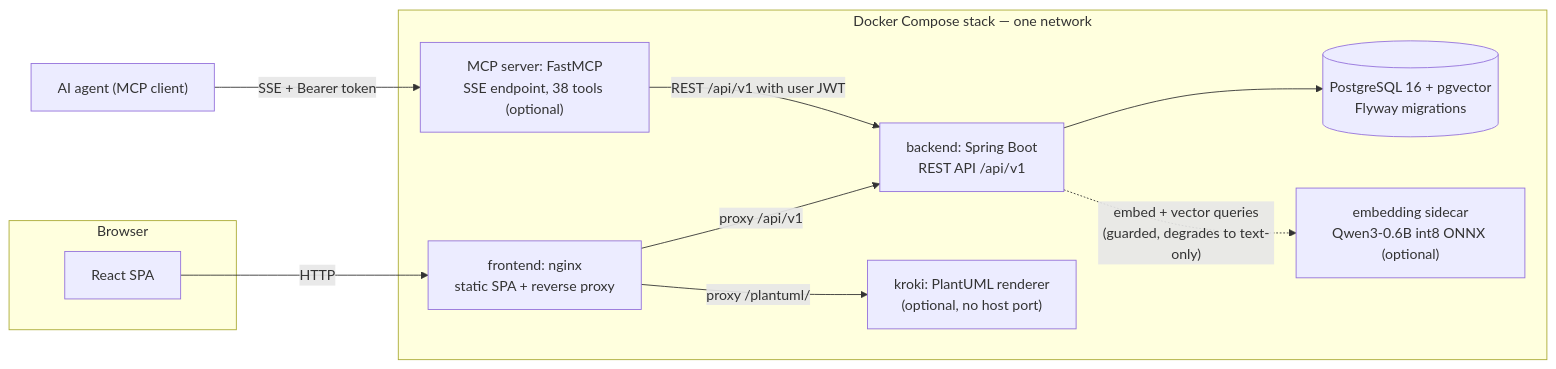
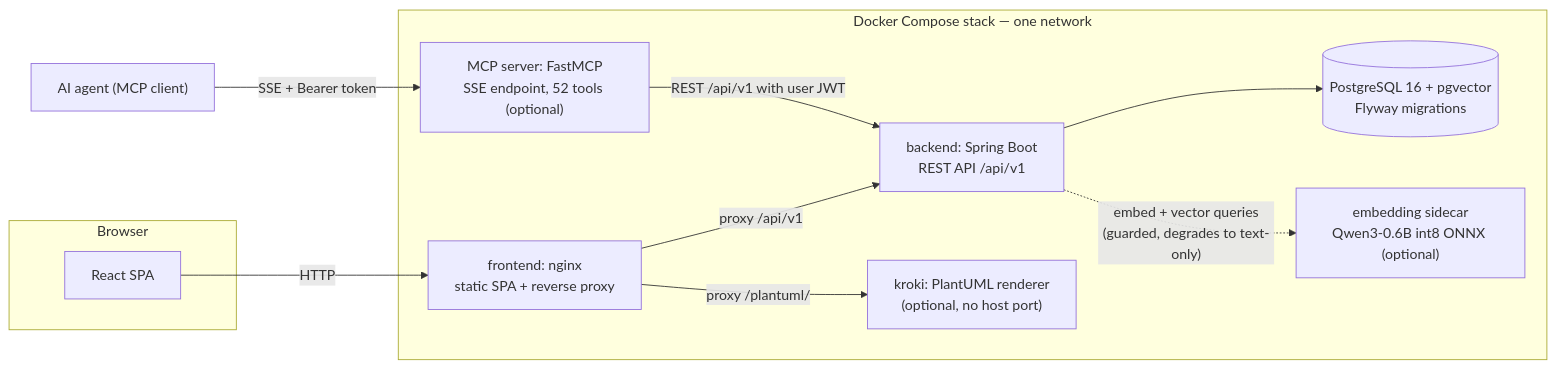
The diagram in README.md (KEEPEE/wiki4ai), drawn with Mermaid before and after one commit. The commit also changed other lines of this file and 215 other files, not shown here.

Commit message:
Sync with upstream: agent coordination layer, hashed tokens, 52 MCP tools, refreshed docs and screenshots

````diff
--- a/README.md
+++ b/README.md
@@ -94,25 +130,25 @@
 ```mermaid
 flowchart LR
     subgraph Browser["Browser"]
         UI["React SPA"]
     end
 
     subgraph Stack["Docker Compose stack — one network"]
         NGINX["frontend: nginx<br/>static SPA + reverse proxy"]
         BACKEND["backend: Spring Boot<br/>REST API /api/v1"]
         DB[("PostgreSQL 16 + pgvector<br/>Flyway migrations")]
         EMBED["embedding sidecar<br/>Qwen3-0.6B int8 ONNX (optional)"]
         KROKI["kroki: PlantUML renderer<br/>(optional, no host port)"]
-        MCP["MCP server: FastMCP<br/>SSE endpoint, 38 tools (optional)"]
+        MCP["MCP server: FastMCP<br/>SSE endpoint, 52 tools (optional)"]
     end
 
     AGENT["AI agent (MCP client)"]
 
     UI -->|HTTP| NGINX
     NGINX -->|"proxy /api/v1"| BACKEND
     NGINX -->|"proxy /plantuml/"| KROKI
     BACKEND --> DB
     BACKEND -.->|"embed + vector queries<br/>(guarded, degrades to text-only)"| EMBED
     AGENT -->|"SSE + Bearer token"| MCP
     MCP -->|"REST /api/v1 with user JWT"| BACKEND
 ```
````
